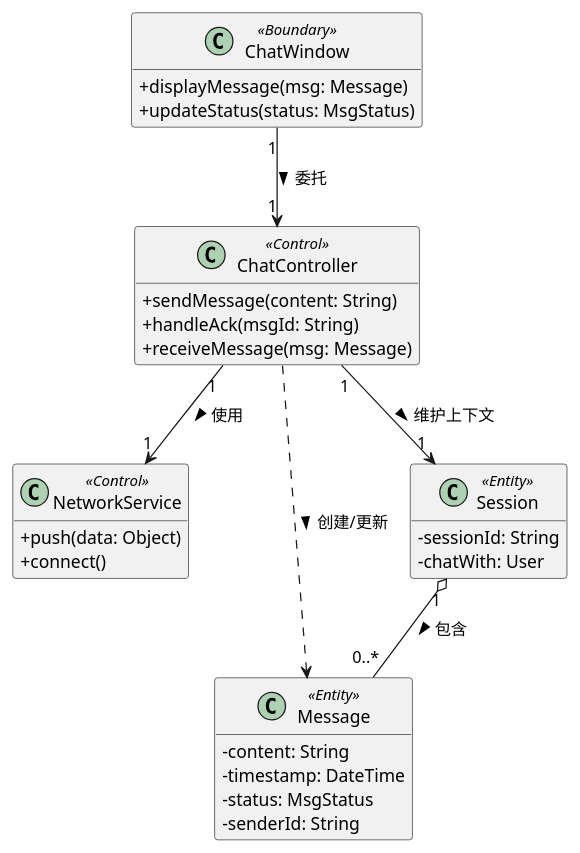
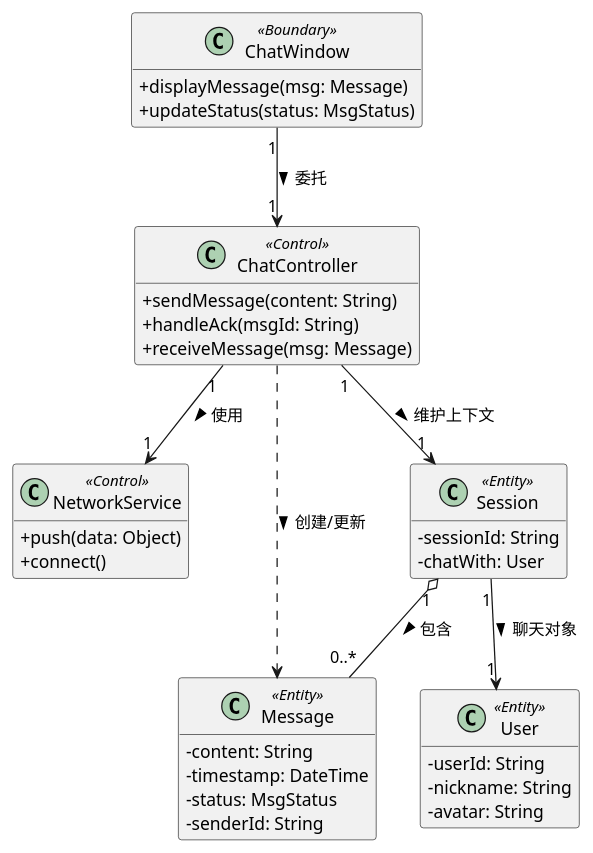
Before and after one commit to Shir0haa/Shir0haChat: the fourth of 11 diagrams in docs/ShirohaChat项目文档.md, drawn with PlantUML. The commit also changed other lines of this file and 210 other files, not shown here.

````diff
--- a/docs/ShirohaChat项目文档.md
+++ b/docs/ShirohaChat项目文档.md
@@ -470,53 +618,62 @@
 ```plantuml
 @startuml
 skinparam classAttributeIconSize 0
 hide empty members
 
 ' 1. 定义类 (基于健壮性分析)
 class "ChatWindow" as UI <<Boundary>> {
     +displayMessage(msg: Message)
     +updateStatus(status: MsgStatus)
 }
 
 class "ChatController" as Ctrl <<Control>> {
     +sendMessage(content: String)
     +handleAck(msgId: String)
     +receiveMessage(msg: Message)
 }
 
 class "NetworkService" as Net <<Control>> {
     +push(data: Object)
     +connect()
 }
 
 class "Message" as Msg <<Entity>> {
     -content: String
     -timestamp: DateTime
     -status: MsgStatus
     -senderId: String
 }
 
+class "User" as Usr <<Entity>> {
+    -userId: String
+    -nickname: String
+    -avatar: String
+}
+
 class "Session" as Session <<Entity>> {
     -sessionId: String
     -chatWith: User
 }
 
 ' 2. 定义关系 (基于通信图链接)
 
 ' UI 调用 Controller -> 单向关联
 UI "1" --> "1" Ctrl : 委托 >
 
 ' Controller 使用 Network -> 单向关联
 Ctrl "1" --> "1" Net : 使用 >
 
 ' Controller 管理 Message -> 聚合/依赖
 Ctrl ..> Msg : 创建/更新 >
 
 ' Controller 维护当前会话
 Ctrl "1" --> "1" Session : 维护上下文 >
 
+' Session 关联 User（标识聊天对象）
+Session "1" --> "1" Usr : 聊天对象 >
+
 ' Session 包含多条 Message
 Session "1" o-- "0..*" Msg : 包含 >
 
 @enduml
 ```
````
